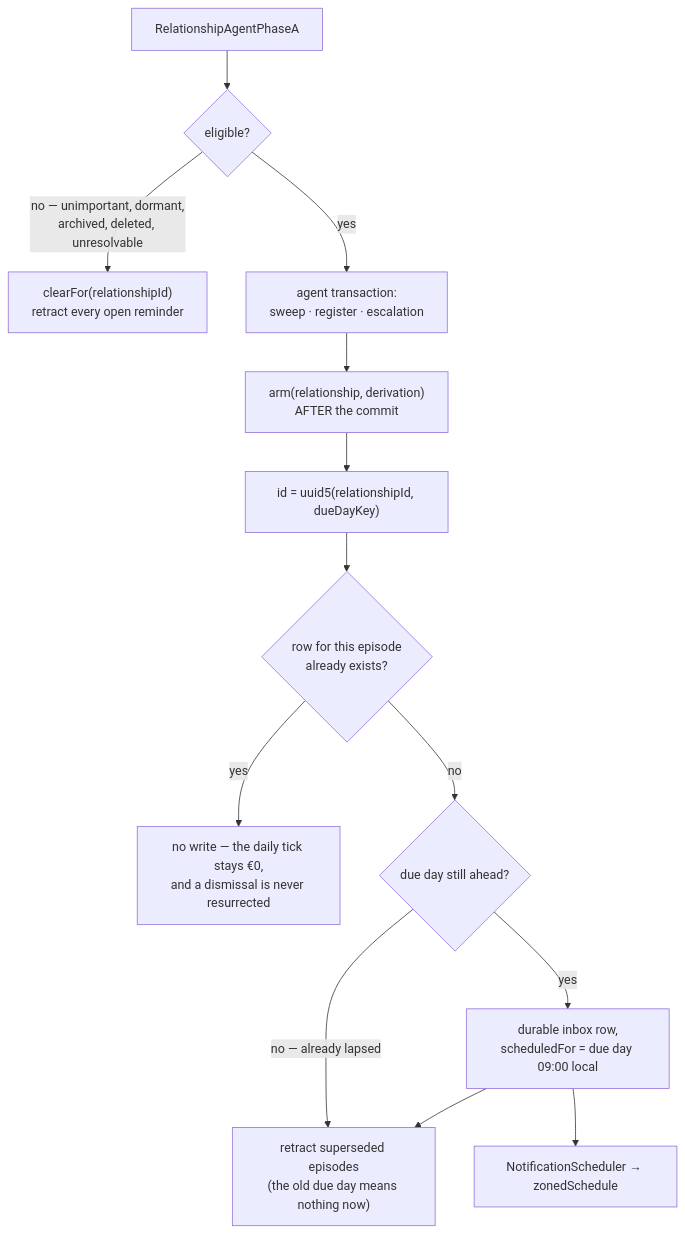
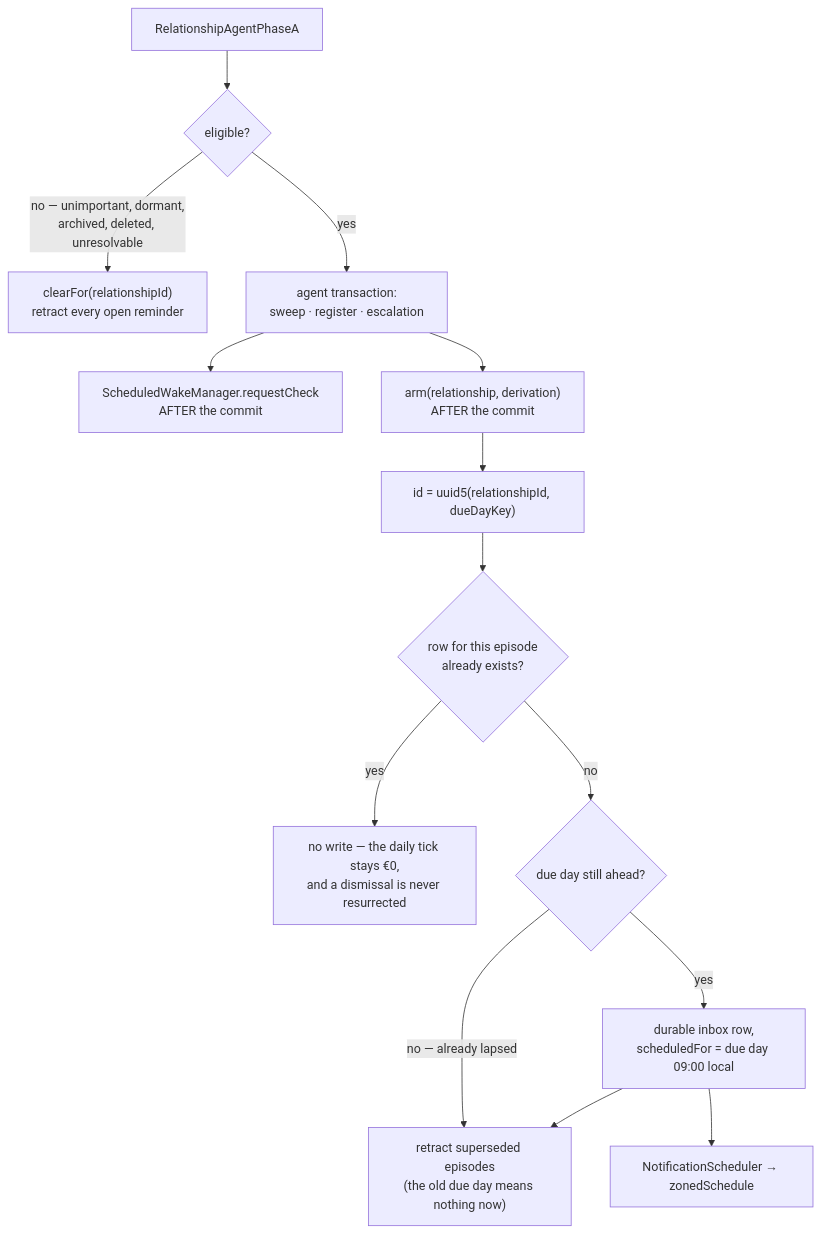
Before and after one commit to matthiasn/lotti: the tenth of 11 diagrams in knowledge/features/relationships.md, drawn with Mermaid. The commit also changed other lines of this file and 8 other files, not shown here.

````diff
--- a/knowledge/features/relationships.md
+++ b/knowledge/features/relationships.md
@@ -1236,15 +1236,16 @@
 ```mermaid
 flowchart TD
   A[RelationshipAgentPhaseA] --> E{eligible?}
   E -->|"no — unimportant, dormant,<br/>archived, deleted, unresolvable"| C["clearFor(relationshipId)<br/>retract every open reminder"]
   E -->|yes| TX["agent transaction:<br/>sweep · register · escalation"]
+  TX --> NUDGE["ScheduledWakeManager.requestCheck<br/>AFTER the commit"]
   TX --> ARM["arm(relationship, derivation)<br/>AFTER the commit"]
   ARM --> ID["id = uuid5(relationshipId, dueDayKey)"]
   ID --> EX{"row for this episode<br/>already exists?"}
   EX -->|yes| NOOP["no write — the daily tick stays €0,<br/>and a dismissal is never resurrected"]
   EX -->|no| PAST{"due day still ahead?"}
   PAST -->|"no — already lapsed"| RET
   PAST -->|yes| ROW["durable inbox row,<br/>scheduledFor = due day 09:00 local"]
   ROW --> OS["NotificationScheduler → zonedSchedule"]
   ROW --> RET["retract superseded episodes<br/>(the old due day means nothing now)"]
 ```
````
